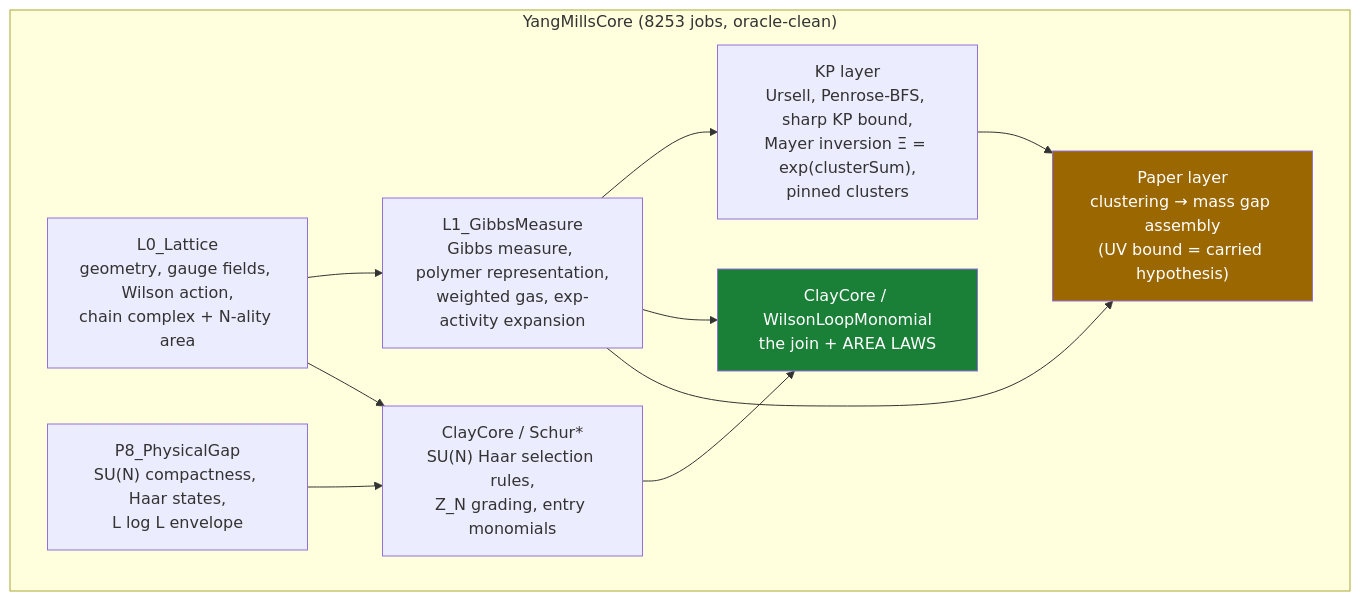
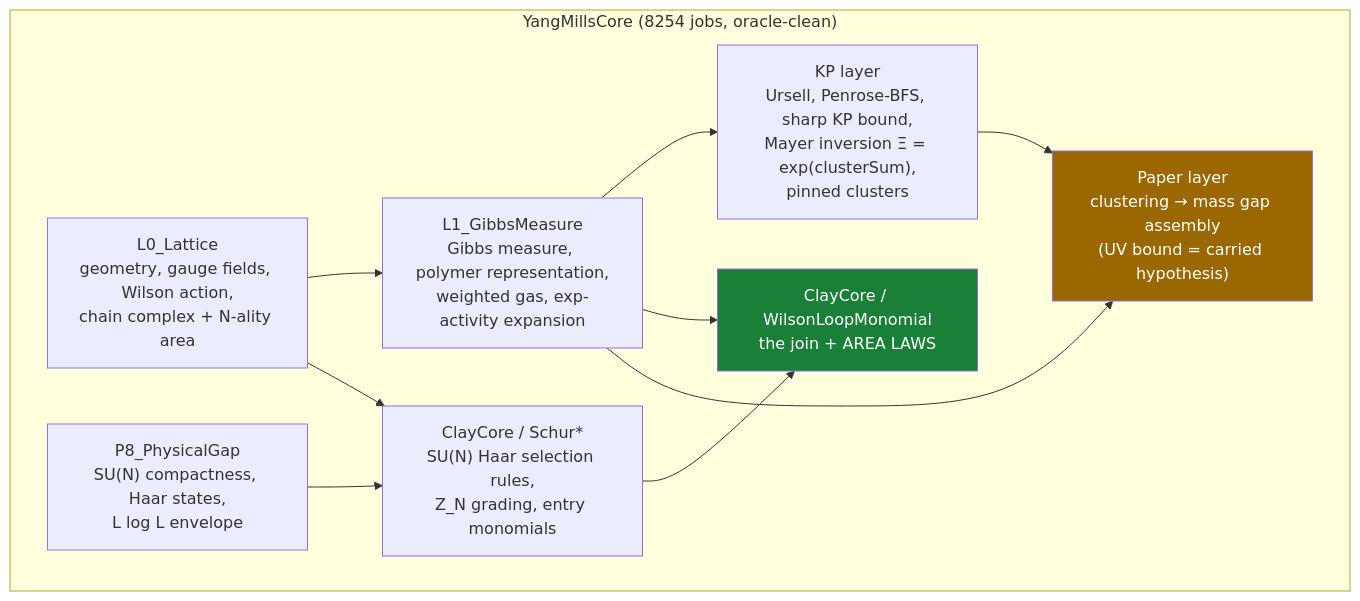
Before and after one commit to lluiseriksson/THE-ERIKSSON-PROGRAMME: the diagram in README.md, drawn with Mermaid. The commit also changed other lines of this file and 6 other files, not shown here.

````diff
--- a/README.md
+++ b/README.md
@@ -204,20 +204,20 @@
 ```mermaid
 graph TD
-    subgraph core["YangMillsCore  (8253 jobs, oracle-clean)"]
+    subgraph core["YangMillsCore  (8254 jobs, oracle-clean)"]
         L0["L0_Lattice<br/>geometry, gauge fields, Wilson action,<br/>chain complex + N-ality area"]
         L1["L1_GibbsMeasure<br/>Gibbs measure, polymer representation,<br/>weighted gas, exp-activity expansion"]
         KP["KP layer<br/>Ursell, Penrose-BFS, sharp KP bound,<br/>Mayer inversion Ξ = exp(clusterSum),<br/>pinned clusters"]
         SCHUR["ClayCore / Schur*<br/>SU(N) Haar selection rules,<br/>Z_N grading, entry monomials"]
         WLM["ClayCore / WilsonLoopMonomial<br/>the join + AREA LAWS"]
         PAPER["Paper layer<br/>clustering → mass gap assembly<br/>(UV bound = carried hypothesis)"]
         P8["P8_PhysicalGap<br/>SU(N) compactness, Haar states,<br/>L log L envelope"]
     end
     L0 --> L1 --> KP
     L0 --> SCHUR --> WLM
     L1 --> WLM
     L1 --> PAPER
     KP --> PAPER
     P8 --> SCHUR
     style WLM fill:#1a7f37,color:#fff
     style PAPER fill:#9a6700,color:#fff
 ```
````
